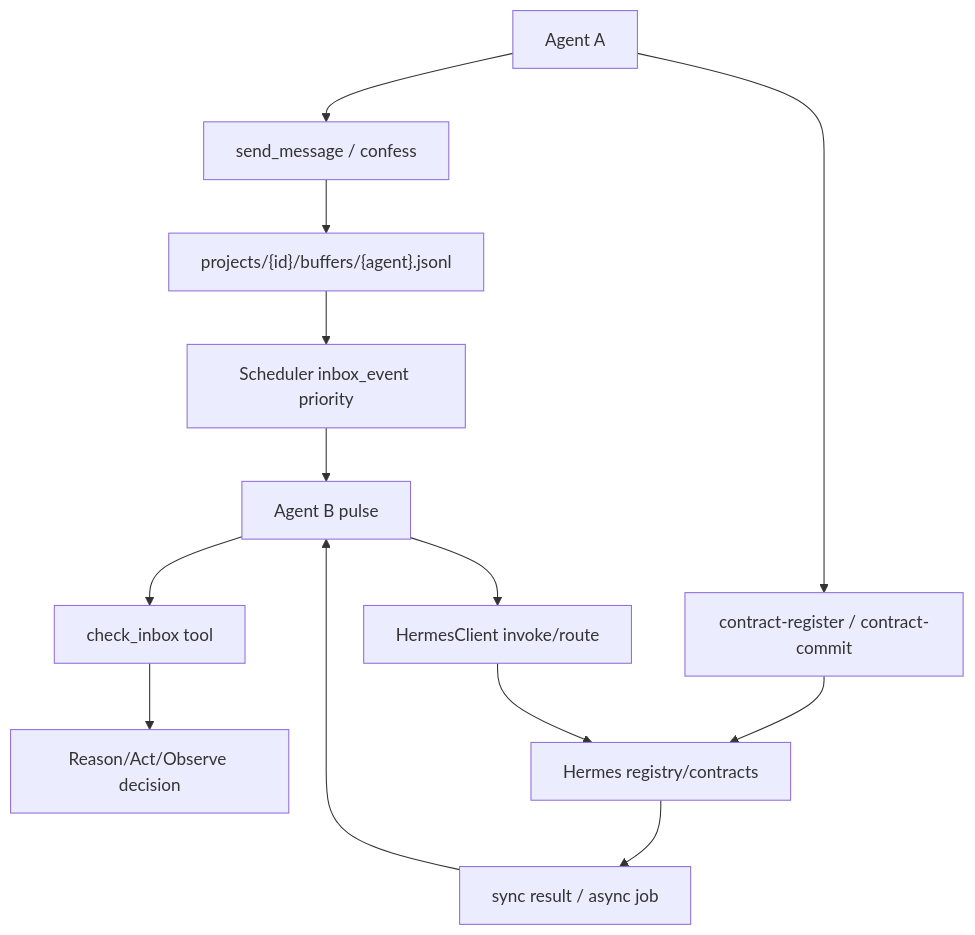
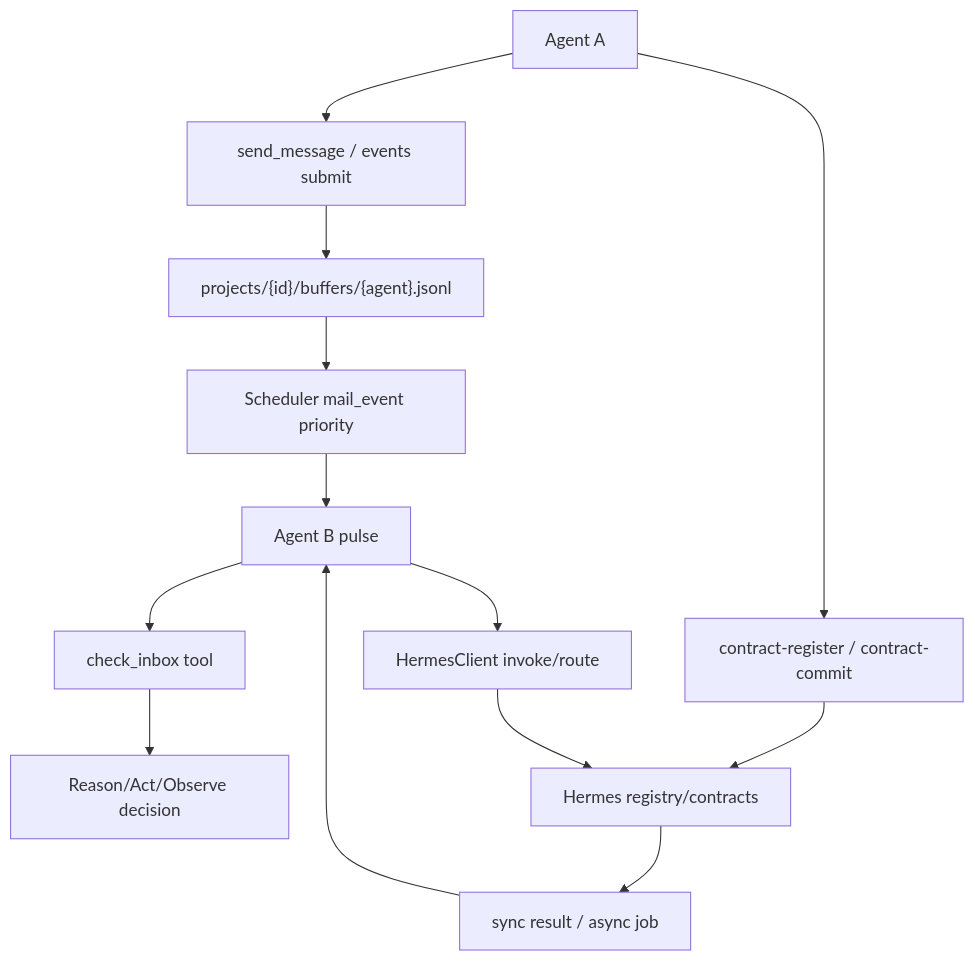
Before and after one commit to Lands54/Pantheon: diagram 16 of 30 in docs/ARCHITECTURE_MERMAID.md, drawn with Mermaid. The commit also changed other lines of this file and 85 other files, not shown here.

Commit message:
refactor: eventize all agent interaction flows via interaction handlers

````diff
--- a/docs/ARCHITECTURE_MERMAID.md
+++ b/docs/ARCHITECTURE_MERMAID.md
@@ -237,16 +237,16 @@
 ```mermaid
 flowchart TD
-    A["Agent A"] --> Msg["send_message / confess"]
+    A["Agent A"] --> Msg["send_message / events submit"]
     Msg --> Buf["projects/{id}/buffers/{agent}.jsonl"]
-    Buf --> Sch["Scheduler inbox_event priority"]
+    Buf --> Sch["Scheduler mail_event priority"]
     Sch --> B["Agent B pulse"]
     B --> Inbox["check_inbox tool"]
     Inbox --> Decision["Reason/Act/Observe decision"]
 
     A --> Prot["contract-register / contract-commit"]
     Prot --> Hermes["Hermes registry/contracts"]
     B --> Call["HermesClient invoke/route"]
     Call --> Hermes
     Hermes --> Result["sync result / async job"]
     Result --> B
 ```
````
